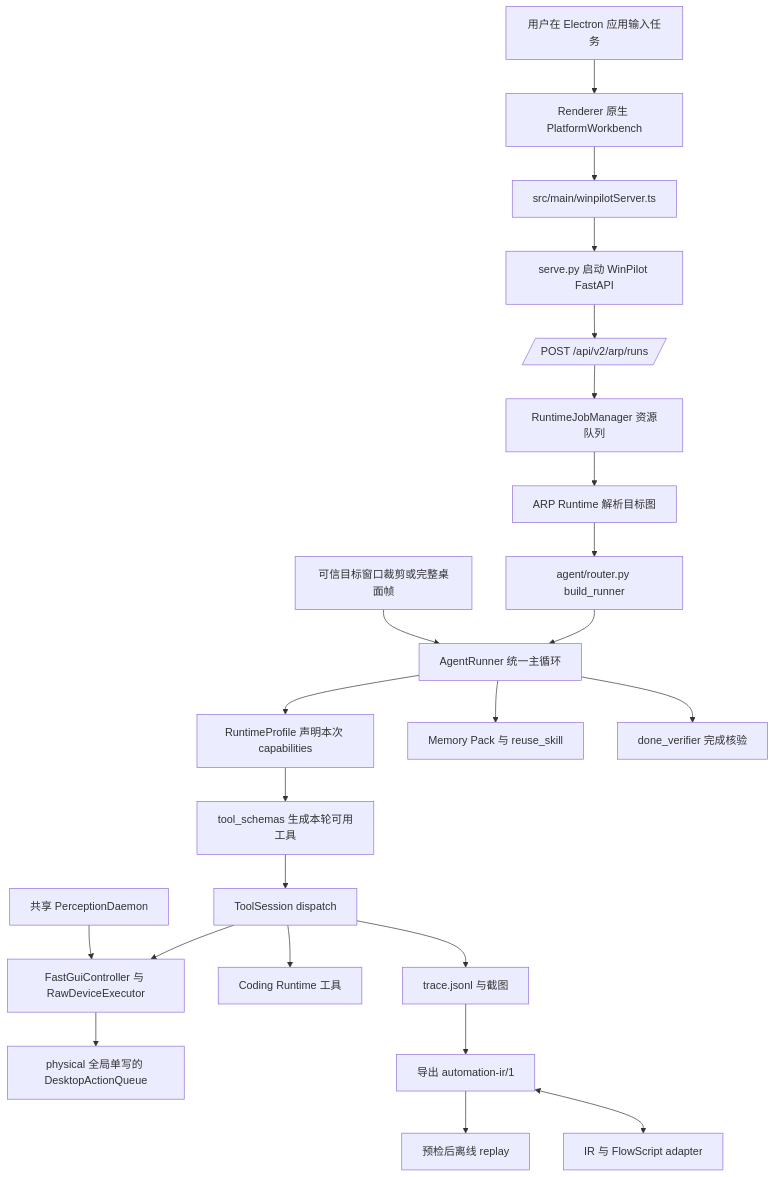
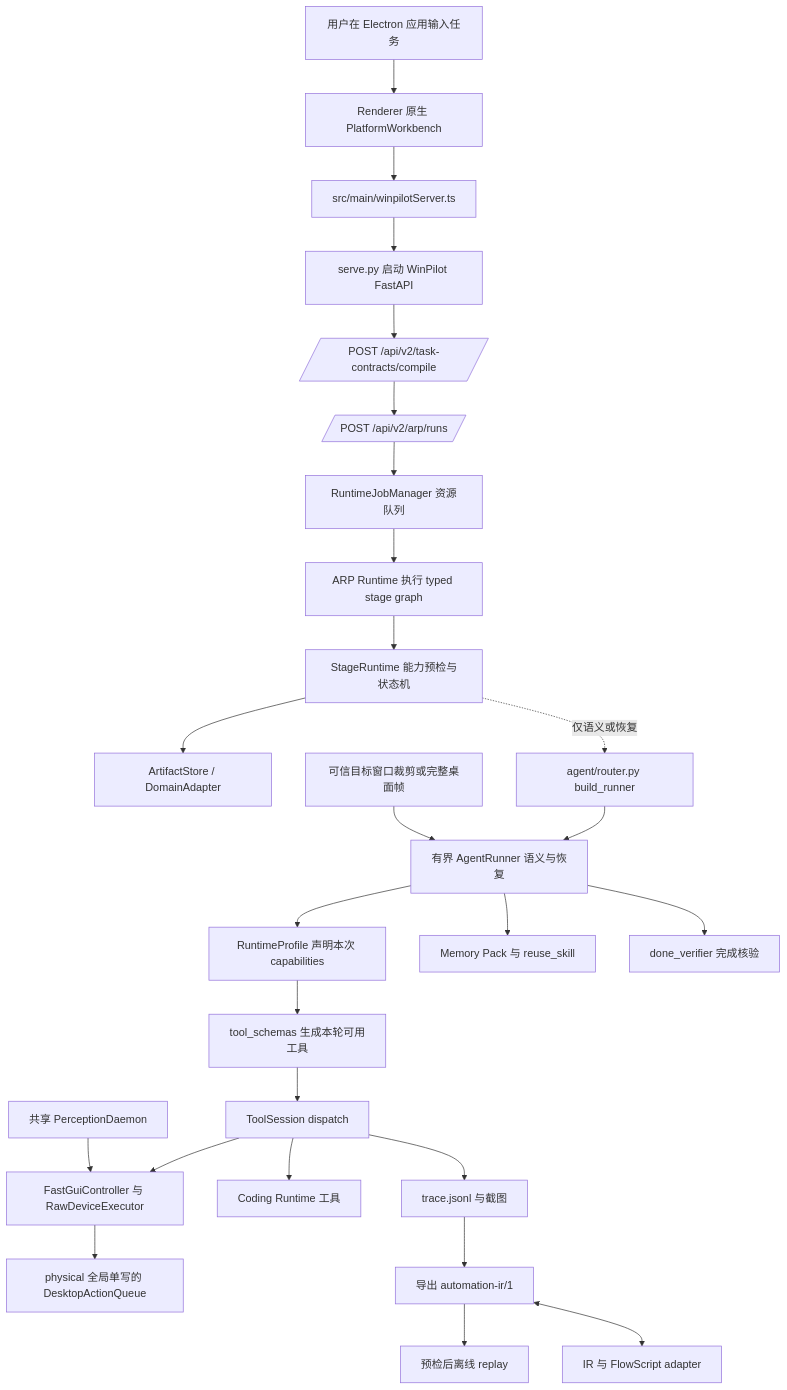
The first of 2 diagrams in docs/项目导览-面试版.md (zoujiapeng/lingdong-script), drawn with Mermaid before and after one commit. The commit also changed other lines of this file and 84 other files, not shown here.

````diff
--- a/docs/项目导览-面试版.md
+++ b/docs/项目导览-面试版.md
@@ -81,39 +81,44 @@
 ```mermaid
 flowchart TD
   U[用户在 Electron 应用输入任务]
   R[Renderer 原生 PlatformWorkbench]
   M[src/main/winpilotServer.ts]
   S[serve.py 启动 WinPilot FastAPI]
+  Compile[/POST /api/v2/task-contracts/compile/]
   API[/POST /api/v2/arp/runs/]
   Jobs[RuntimeJobManager 资源队列]
-  ARP[ARP Runtime 解析目标图]
+  ARP[ARP Runtime 执行 typed stage graph]
+  Stage[StageRuntime 能力预检与状态机]
+  Artifact[ArtifactStore / DomainAdapter]
   Router[agent/router.py build_runner]
-  Runner[AgentRunner 统一主循环]
+  Runner[有界 AgentRunner 语义与恢复]
   Profile[RuntimeProfile 声明本次 capabilities]
   Schemas[tool_schemas 生成本轮可用工具]
   Session[ToolSession dispatch]
   GUI[FastGuiController 与 RawDeviceExecutor]
   Frame[可信目标窗口裁剪或完整桌面帧]
   Queue[physical 全局单写的 DesktopActionQueue]
   Perception[共享 PerceptionDaemon]
   Coding[Coding Runtime 工具]
   Memory[Memory Pack 与 reuse_skill]
   Verify[done_verifier 完成核验]
   Trace[trace.jsonl 与截图]
   IR[导出 automation-ir/1]
   Replay[预检后离线 replay]
   Flow[IR 与 FlowScript adapter]
 
-  U --> R --> M --> S --> API --> Jobs --> ARP --> Router --> Runner
+  U --> R --> M --> S --> Compile --> API --> Jobs --> ARP --> Stage
+  Stage --> Artifact
+  Stage -. 仅语义或恢复 .-> Router --> Runner
   Runner --> Profile --> Schemas --> Session
   Frame --> Runner
   Session --> GUI --> Queue
   Perception --> GUI
   Session --> Coding
   Runner --> Memory
   Runner --> Verify
   Session --> Trace
   Trace --> IR
   IR --> Replay
   IR <--> Flow
 ```
````
